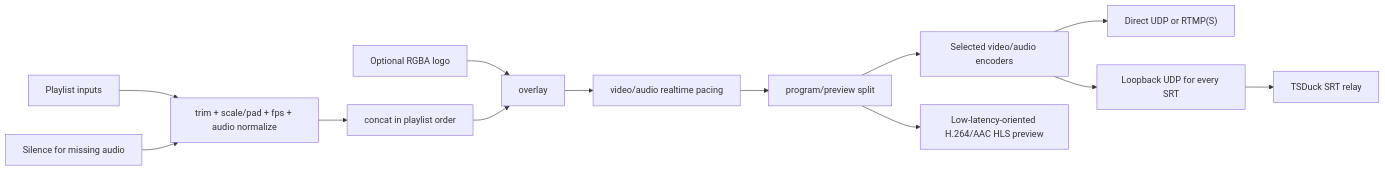
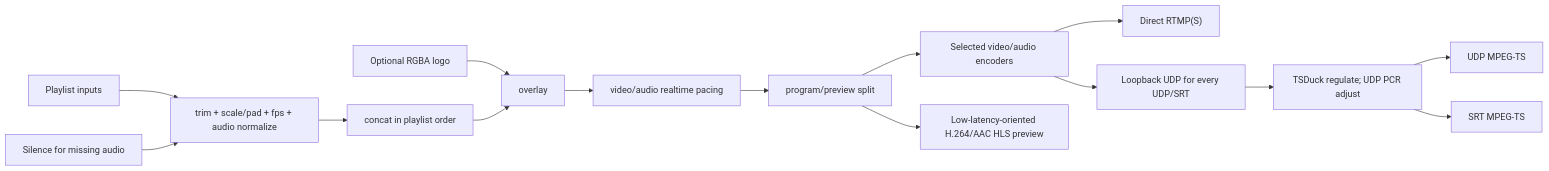
The second of 4 diagrams in docs/architecture.md (MetelevNikita/FluxIO), drawn with Mermaid before and after one commit. The commit also changed other lines of this file and 22 other files, not shown here.

Commit message:
fix pcr inter without TSDuck

````diff
--- a/docs/architecture.md
+++ b/docs/architecture.md
@@ -77,15 +77,17 @@
 ```mermaid
 flowchart LR
   Inputs["Playlist inputs"] --> Normalize["trim + scale/pad + fps + audio normalize"]
   Silence["Silence for missing audio"] --> Normalize
   Normalize --> Concat["concat in playlist order"]
   Logo["Optional RGBA logo"] --> Overlay["overlay"]
   Concat --> Overlay
   Overlay --> Realtime["video/audio realtime pacing"]
   Realtime --> Split["program/preview split"]
   Split --> Encode["Selected video/audio encoders"]
-  Encode --> Direct["Direct UDP or RTMP(S)"]
-  Encode --> Loopback["Loopback UDP for every SRT"]
-  Loopback --> SrtRelay["TSDuck SRT relay"]
+  Encode --> RTMP["Direct RTMP(S)"]
+  Encode --> Loopback["Loopback UDP for every UDP/SRT"]
+  Loopback --> Transport["TSDuck regulate; UDP PCR adjust"]
+  Transport --> UDP["UDP MPEG-TS"]
+  Transport --> SRT["SRT MPEG-TS"]
   Split --> HLS["Low-latency-oriented H.264/AAC HLS preview"]
 ```
````
